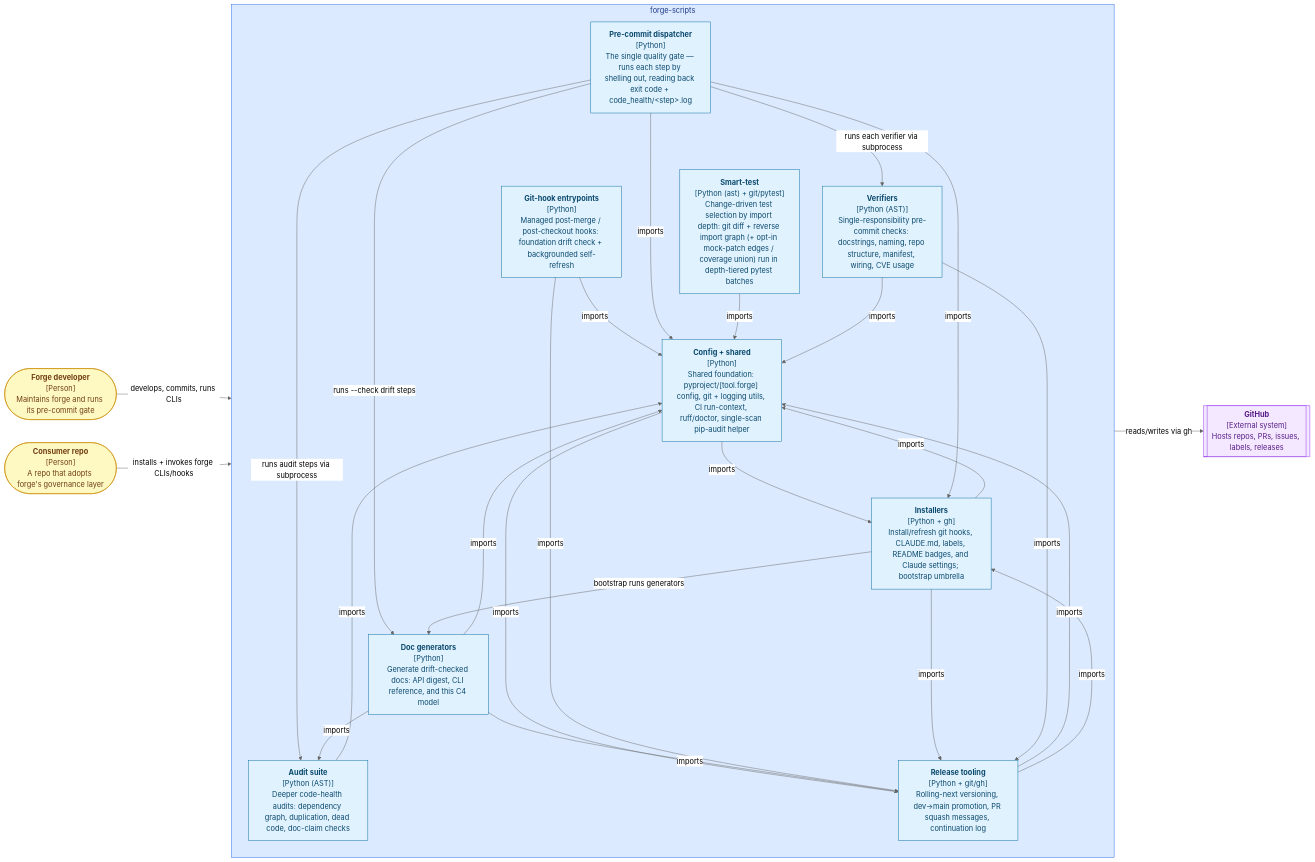
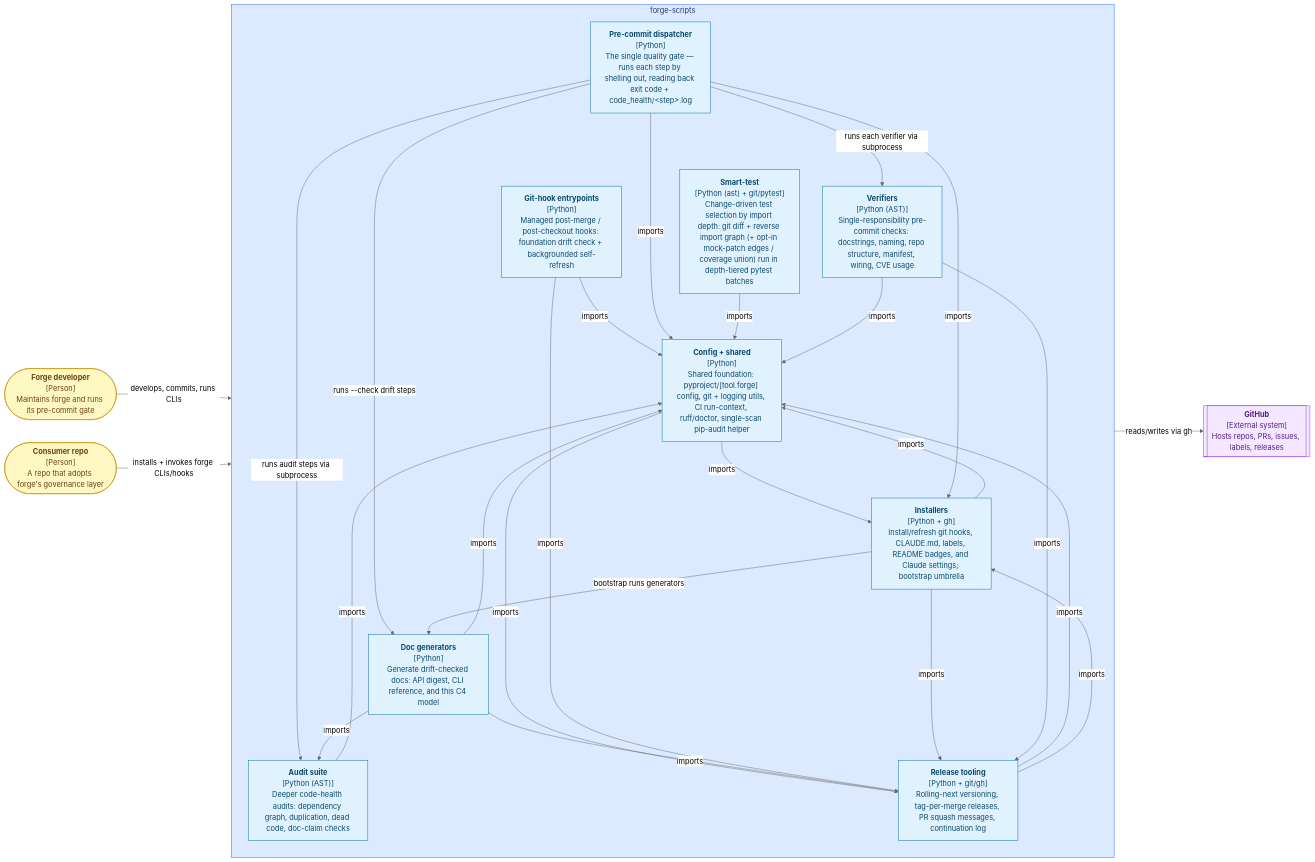
Before and after one commit to misnaej/forge: the diagram in README.md, drawn with Mermaid (neutral theme). The commit also changed 56 other files, not shown here.

First line of the commit message:
feat(release): tag-per-merge auto-tagging; delete dual-track machinery (#454)

````diff
--- a/README.md
+++ b/README.md
@@ -123,58 +123,58 @@
 ```mermaid
 graph LR
     forge_developer(["<b>Forge developer</b><br/>[Person]<br/>Maintains forge and runs its pre-commit gate"])
     consumer_repo(["<b>Consumer repo</b><br/>[Person]<br/>A repo that adopts forge's governance layer"])
     github[["<b>GitHub</b><br/>[External system]<br/>Hosts repos, PRs, issues, labels, releases"]]
     subgraph forge_scripts["forge-scripts"]
         pre_commit_dispatcher["<b>Pre-commit dispatcher</b><br/>[Python]<br/>The single quality gate — runs each step by shelling out, reading back exit code + code_health/&lt;step&gt;.log"]
         audit_suite["<b>Audit suite</b><br/>[Python (AST)]<br/>Deeper code-health audits: dependency graph, duplication, dead code, doc-claim checks"]
         verifiers["<b>Verifiers</b><br/>[Python (AST)]<br/>Single-responsibility pre-commit checks: docstrings, naming, repo structure, manifest, wiring, CVE usage"]
         installers["<b>Installers</b><br/>[Python + gh]<br/>Install/refresh git hooks, CLAUDE.md, labels, README badges, and Claude settings; bootstrap umbrella"]
         doc_generators["<b>Doc generators</b><br/>[Python]<br/>Generate drift-checked docs: API digest, CLI reference, and this C4 model"]
         git_hook_entrypoints["<b>Git-hook entrypoints</b><br/>[Python]<br/>Managed post-merge / post-checkout hooks: foundation drift check + backgrounded self-refresh"]
-        release_tooling["<b>Release tooling</b><br/>[Python + git/gh]<br/>Rolling-next versioning, dev→main promotion, PR squash messages, continuation log"]
+        release_tooling["<b>Release tooling</b><br/>[Python + git/gh]<br/>Rolling-next versioning, tag-per-merge releases, PR squash messages, continuation log"]
         smart_test["<b>Smart-test</b><br/>[Python (ast) + git/pytest]<br/>Change-driven test selection by import depth: git diff + reverse import graph (+ opt-in mock-patch edges / coverage union) run in depth-tiered pytest batches"]
         config_shared["<b>Config + shared</b><br/>[Python]<br/>Shared foundation: pyproject/[tool.forge] config, git + logging utils, CI run-context, ruff/doctor, single-scan pip-audit helper"]
     end
     forge_developer -->|"develops, commits, runs CLIs"| forge_scripts
     consumer_repo -->|"installs + invokes forge CLIs/hooks"| forge_scripts
     forge_scripts -->|"reads/writes via gh"| github
     pre_commit_dispatcher -->|"runs each verifier via subprocess"| verifiers
     pre_commit_dispatcher -->|"runs audit steps via subprocess"| audit_suite
     pre_commit_dispatcher -->|"runs --check drift steps"| doc_generators
     installers -->|"bootstrap runs generators"| doc_generators
     audit_suite -->|"imports"| config_shared
     config_shared -->|"imports"| installers
     config_shared -->|"imports"| release_tooling
     doc_generators -->|"imports"| audit_suite
     doc_generators -->|"imports"| config_shared
     doc_generators -->|"imports"| release_tooling
     git_hook_entrypoints -->|"imports"| config_shared
     git_hook_entrypoints -->|"imports"| release_tooling
     installers -->|"imports"| config_shared
     installers -->|"imports"| release_tooling
     pre_commit_dispatcher -->|"imports"| config_shared
     pre_commit_dispatcher -->|"imports"| installers
     release_tooling -->|"imports"| config_shared
     release_tooling -->|"imports"| installers
     smart_test -->|"imports"| config_shared
     verifiers -->|"imports"| config_shared
     verifiers -->|"imports"| release_tooling
     classDef component fill:#e0f2fe,stroke:#0369a1,color:#0c4a6e
     classDef container fill:#dbeafe,stroke:#2563eb,color:#1e3a8a
     classDef external fill:#f3e8ff,stroke:#9333ea,color:#581c87
     classDef person fill:#fef9c3,stroke:#ca8a04,color:#713f12
     class forge_developer person
     class consumer_repo person
     class github external
     class forge_scripts container
     class pre_commit_dispatcher component
     class audit_suite component
     class verifiers component
     class installers component
     class doc_generators component
     class git_hook_entrypoints component
     class release_tooling component
     class smart_test component
     class config_shared component
 ```
````
